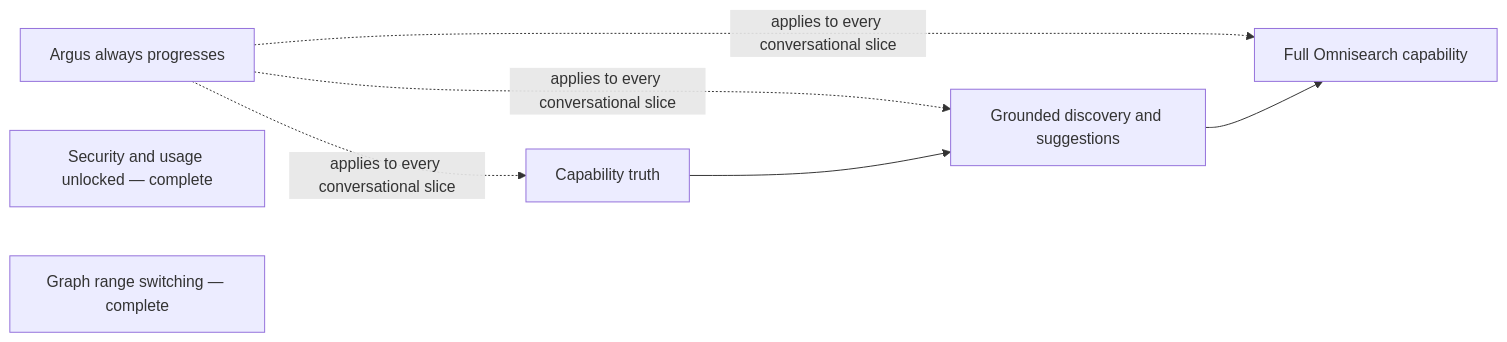
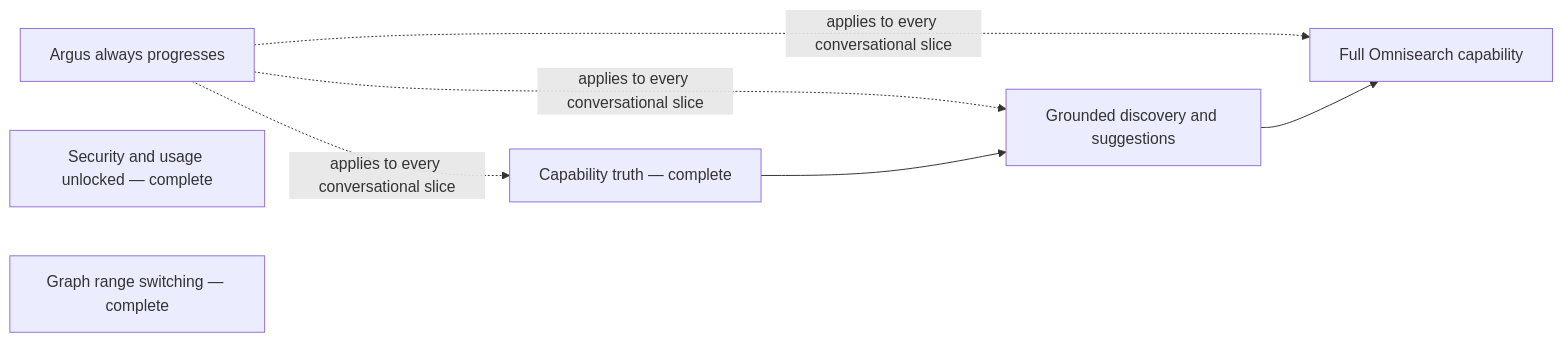
One commit to lagarcess/argus changed the diagram in docs/specs/private-alpha-interim-roadmap.md. Above: the diagram before and after it, drawn with Mermaid. The commit also changed other lines of this file and 11 other files, not shown here.

Commit message:
docs(roadmap): advance interim slate after capability truth

````diff
--- a/docs/specs/private-alpha-interim-roadmap.md
+++ b/docs/specs/private-alpha-interim-roadmap.md
@@ -80,14 +82,14 @@
 ```mermaid
 flowchart LR
     LIVE["Argus always progresses"]
     ACCESS["Security and usage unlocked — complete"]
     RANGE["Graph range switching — complete"]
-    TRUTH["Capability truth"]
+    TRUTH["Capability truth — complete"]
     DISCOVERY["Grounded discovery and suggestions"]
     OMNI["Full Omnisearch capability"]
 
     LIVE -. "applies to every conversational slice" .-> TRUTH
     LIVE -. "applies to every conversational slice" .-> DISCOVERY
     LIVE -. "applies to every conversational slice" .-> OMNI
     TRUTH --> DISCOVERY --> OMNI
 ```
````
